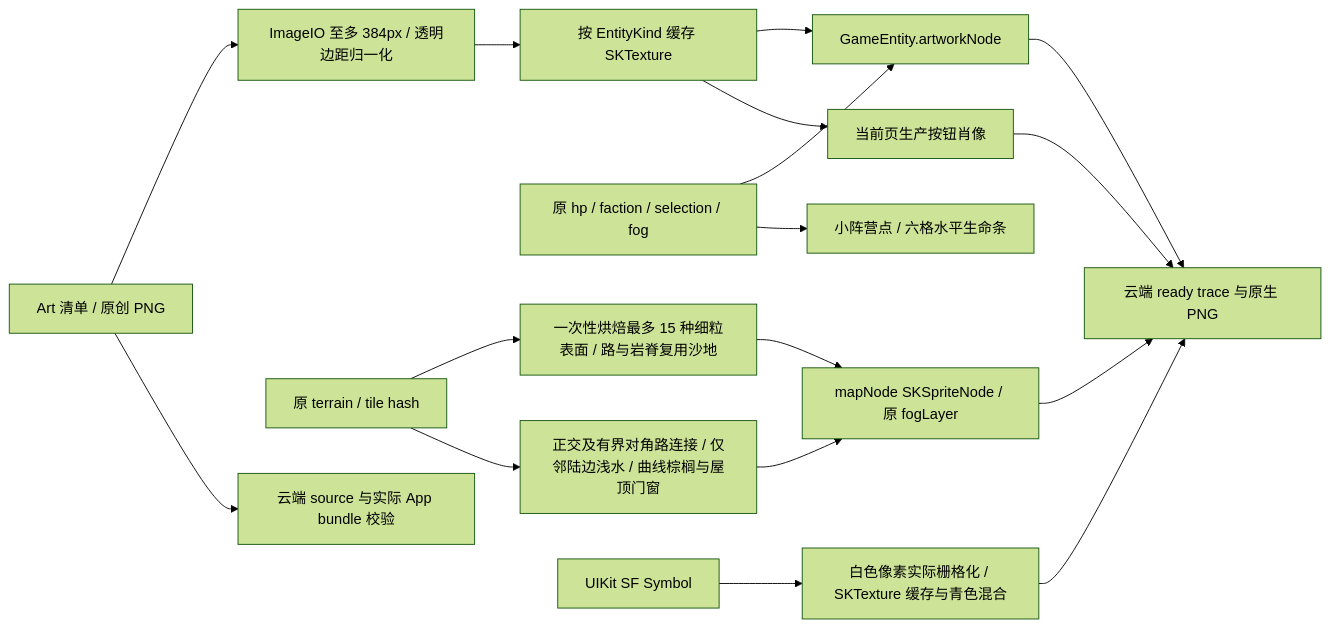
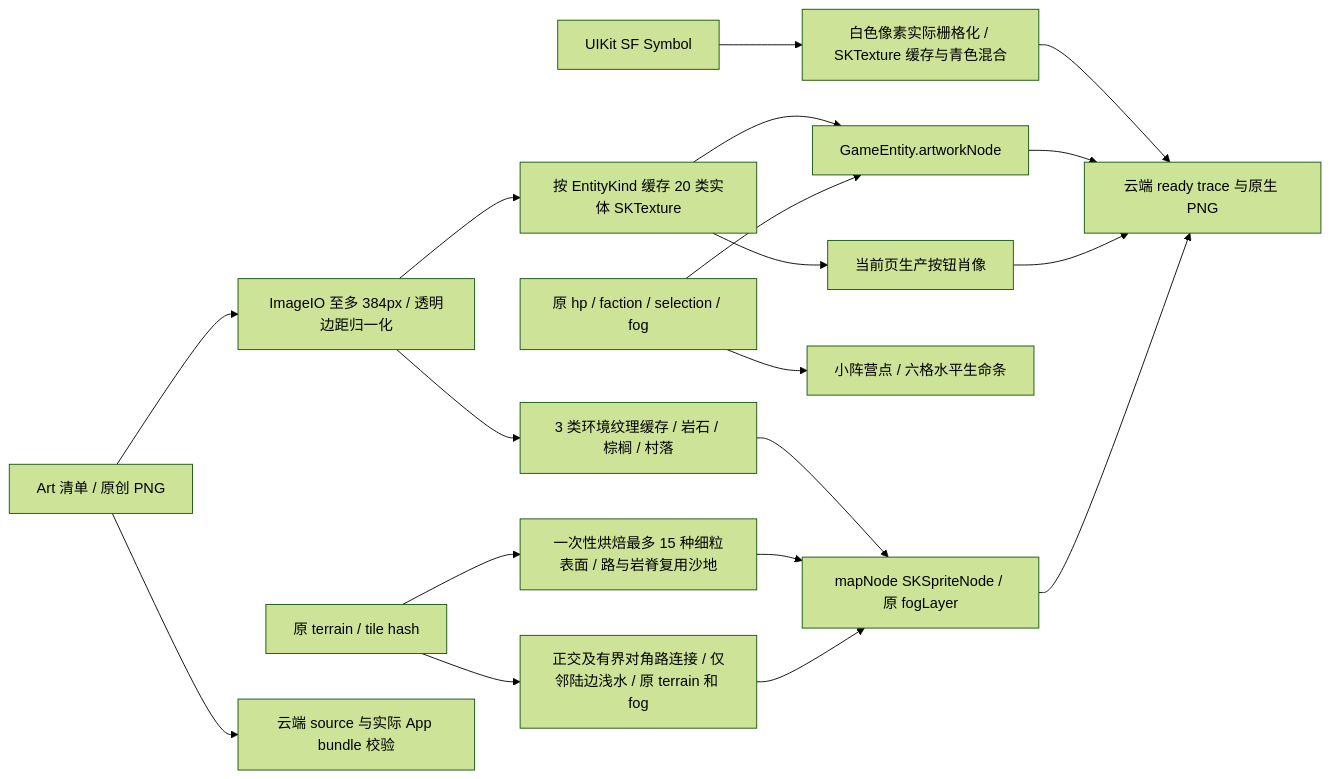
One commit to Altman-sam114/1145 changed the tenth of 10 diagrams in md/flow/flowchart.md. Above: the diagram before and after it, drawn with Mermaid (forest theme). The commit also changed other lines of this file and 25 other files, not shown here.

````diff
--- a/md/flow/flowchart.md
+++ b/md/flow/flowchart.md
@@ -326,19 +326,21 @@
 ```mermaid
 flowchart LR
   Manifest[Art 清单 / 原创 PNG] --> Decode[ImageIO 至多 384px / 透明边距归一化]
-  Decode --> Cache[按 EntityKind 缓存 SKTexture]
+  Decode --> Cache[按 EntityKind 缓存 20 类实体 SKTexture]
   Cache --> Body[GameEntity.artworkNode]
   Cache --> Portrait[当前页生产按钮肖像]
+  Decode --> Scenery[3 类环境纹理缓存 / 岩石 / 棕榈 / 村落]
+  Scenery --> Map
   State[原 hp / faction / selection / fog] --> Body
   State --> Markers[小阵营点 / 六格水平生命条]
   Terrain[原 terrain / tile hash] --> Bake[一次性烘焙最多 15 种细粒表面 / 路与岩脊复用沙地]
   Bake --> Map[mapNode SKSpriteNode / 原 fogLayer]
-  Terrain --> Detail[正交及有界对角路连接 / 仅邻陆边浅水 / 曲线棕榈与屋顶门窗]
+  Terrain --> Detail[正交及有界对角路连接 / 仅邻陆边浅水 / 原 terrain 和 fog]
   Detail --> Map
   Symbol[UIKit SF Symbol] --> Raster[白色像素实际栅格化 / SKTexture 缓存与青色混合]
   Raster --> Screen
   Manifest --> Verify[云端 source 与实际 App bundle 校验]
   Body --> Screen[云端 ready trace 与原生 PNG]
   Portrait --> Screen
   Map --> Screen
 ```
````
